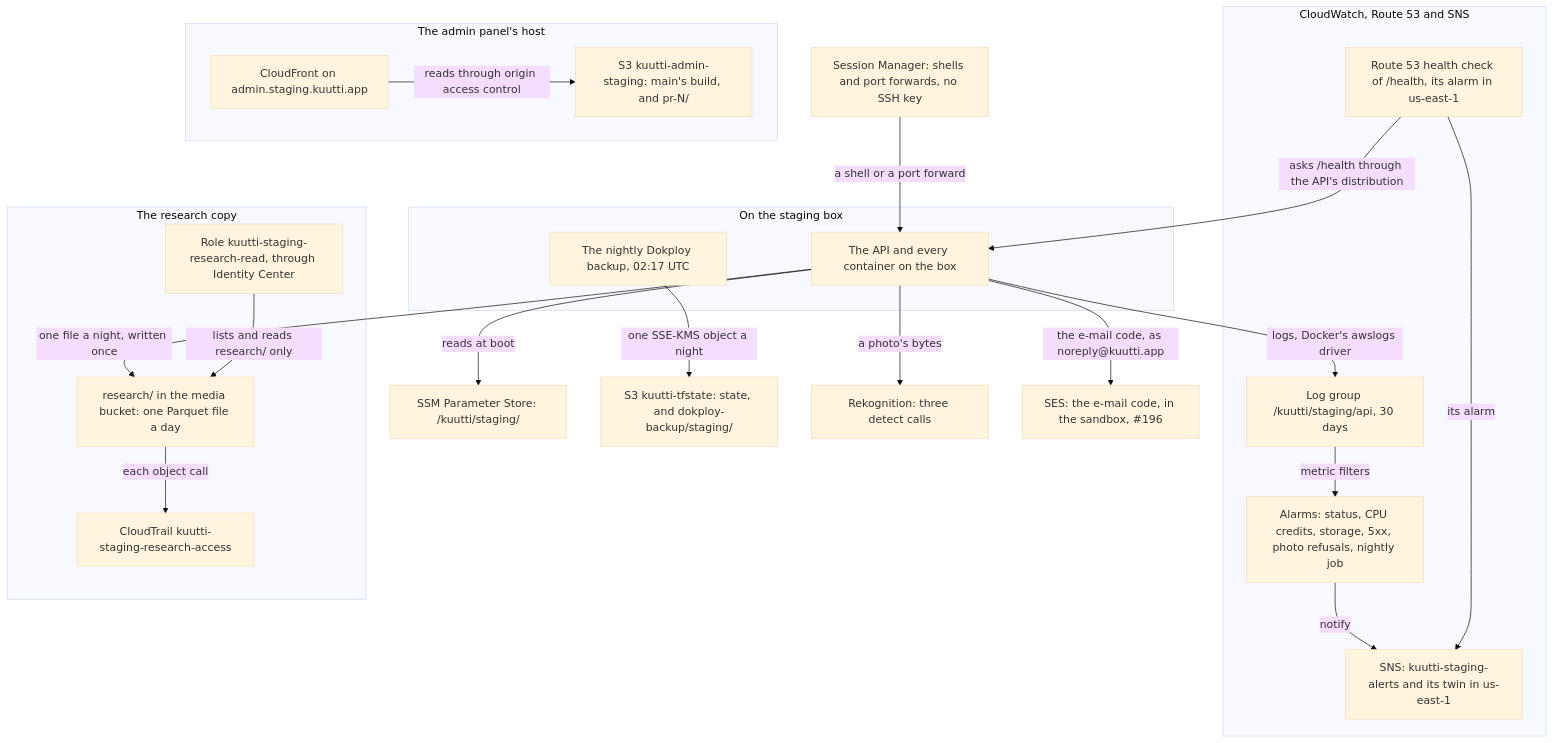
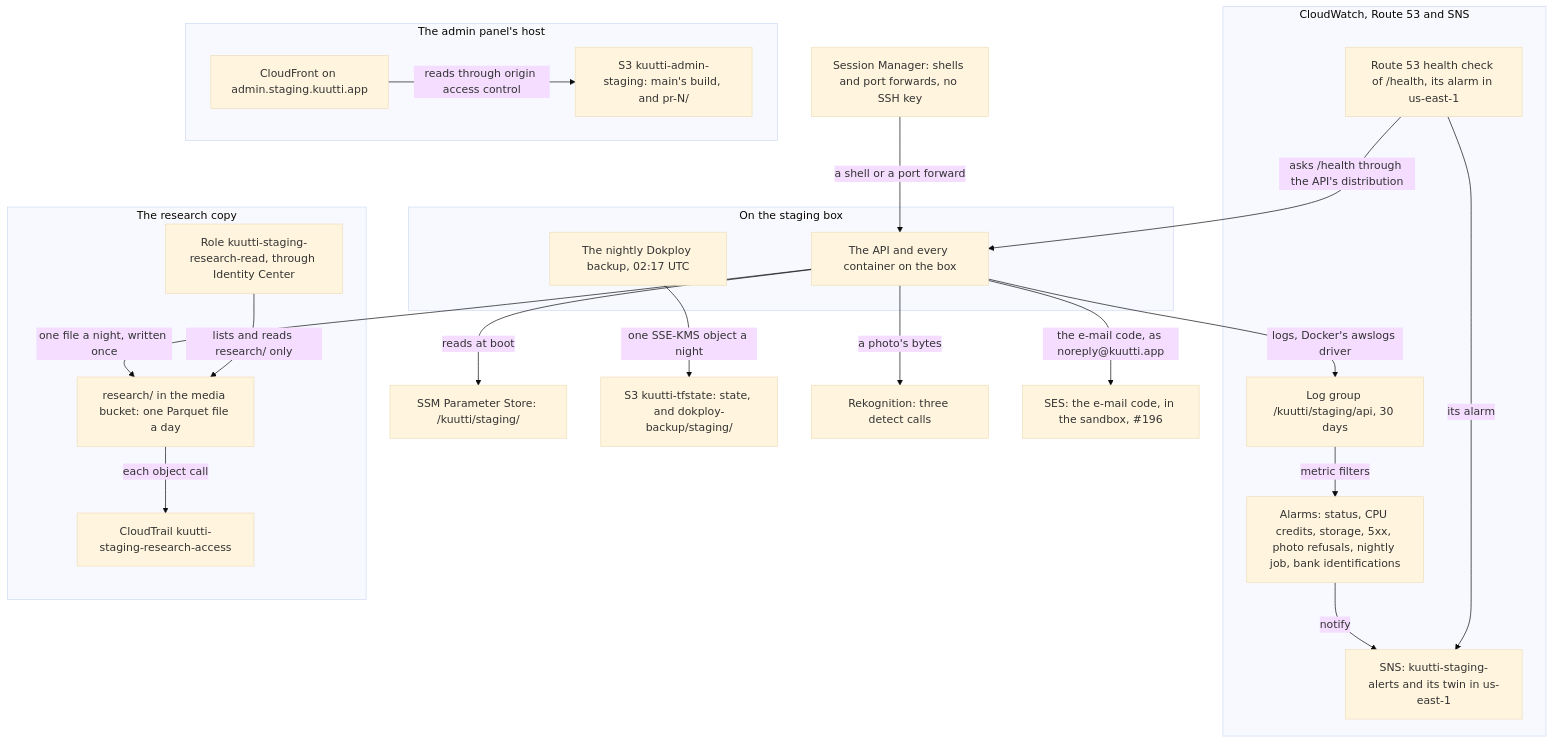
Before and after one commit to kuutti-ry/kuutti-app: the third of 6 diagrams in docs/architecture/deployment.md, drawn with Mermaid (base theme). The commit also changed other lines of this file and 20 other files, not shown here.

````diff
--- a/docs/architecture/deployment.md
+++ b/docs/architecture/deployment.md
@@ -144,44 +144,44 @@
 ```mermaid
 flowchart TB
   accTitle: Deployment, part 3: staging, the services around the box
   accDescr: The API reads the parameter store at boot, logs through Docker to CloudWatch, calls Rekognition, and writes one research file a night to the media bucket. CloudWatch's alarms and the Route 53 health probe mail through SNS. The box backs Dokploy up to the state bucket every night, and Session Manager is the way in. The admin panel has its own bucket and distribution. A researcher's role reads the research copy, and CloudTrail logs every read. SES sends the e-mail code.
   subgraph boxside["On the staging box"]
     n26["The API and every container on the box"]
     n27["The nightly Dokploy backup, 02:17 UTC"]
   end
   n28["Session Manager: shells and port forwards, no SSH key"]
   n29["SSM Parameter Store: /kuutti/staging/"]
   subgraph watch["CloudWatch, Route 53 and SNS"]
     n30["Log group /kuutti/staging/api, 30 days"]
-    n31["Alarms: status, CPU credits, storage, 5xx, photo refusals, nightly job"]
+    n31["Alarms: status, CPU credits, storage, 5xx, photo refusals, nightly job, bank identifications"]
     n32["Route 53 health check of /health, its alarm in us-east-1"]
     n33["SNS: kuutti-staging-alerts and its twin in us-east-1"]
   end
   subgraph panel["The admin panel's host"]
     n34["CloudFront on admin.staging.kuutti.app"]
     n35["S3 kuutti-admin-staging: main's build, and pr-N/"]
   end
   subgraph research["The research copy"]
     n36["research/ in the media bucket: one Parquet file a day"]
     n37["Role kuutti-staging-research-read, through Identity Center"]
     n38["CloudTrail kuutti-staging-research-access"]
   end
   n39["S3 kuutti-tfstate: state, and dokploy-backup/staging/"]
   n40["Rekognition: three detect calls"]
   n41["SES: the e-mail code, in the sandbox, #196"]
   n26 -->|"reads at boot"| n29
   n26 -->|"logs, Docker's awslogs driver"| n30
   n30 -->|"metric filters"| n31
   n31 -->|"notify"| n33
   n32 -->|"asks /health through the API's distribution"| n26
   n32 -->|"its alarm"| n33
   n27 -->|"one SSE-KMS object a night"| n39
   n28 -->|"a shell or a port forward"| n26
   n26 -->|"a photo's bytes"| n40
   n26 -->|"the e-mail code, as noreply@kuutti.app"| n41
   n26 -->|"one file a night, written once"| n36
   n37 -->|"lists and reads research/ only"| n36
   n36 -->|"each object call"| n38
   n34 -->|"reads through origin access control"| n35
   classDef notbuilt stroke-dasharray: 5 5
 ```
````
